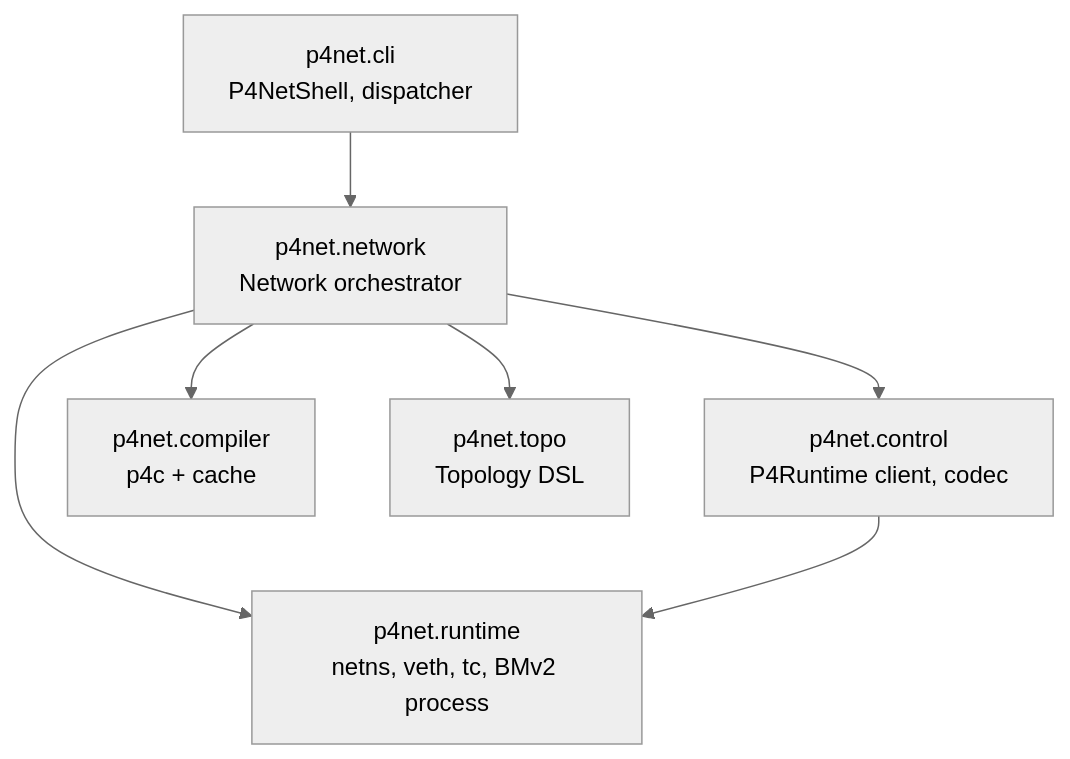
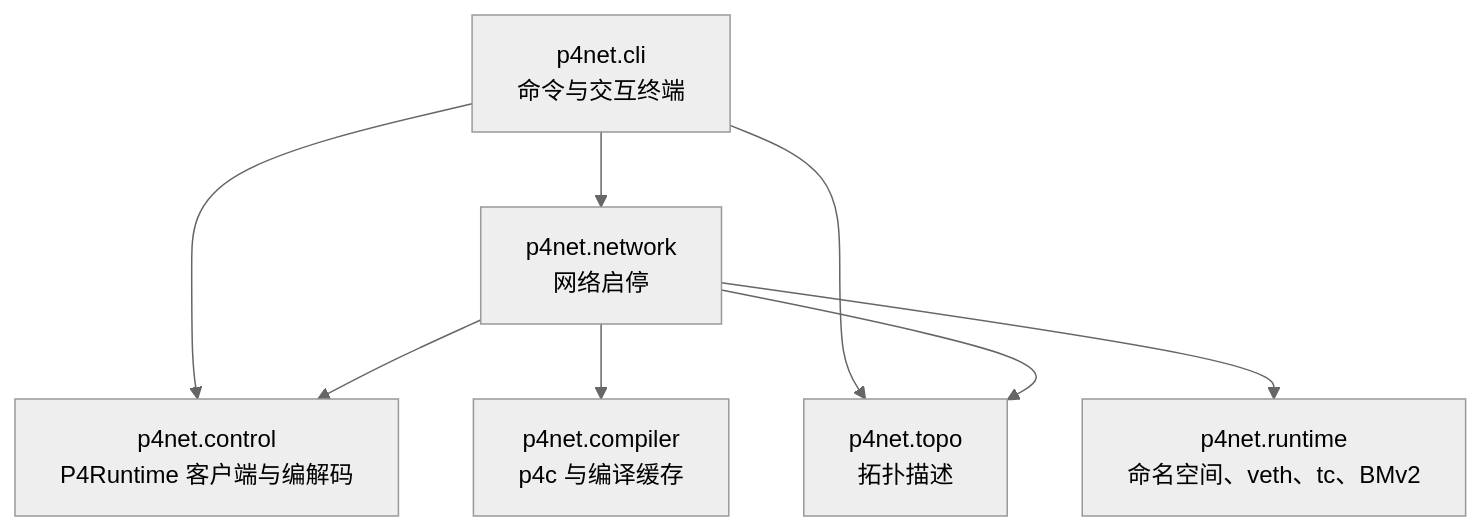
Before and after one commit to zhh2001/p4net: the diagram in docs/architecture.zh.md, drawn with Mermaid (neutral theme). The commit also changed other lines of this file and 1 other file, not shown here.

Commit message:
docs: align architecture with runtime behavior

````diff
--- a/docs/architecture.zh.md
+++ b/docs/architecture.zh.md
@@ -11,15 +11,16 @@
 ```mermaid
 flowchart TB
-    CLI[p4net.cli<br/>P4NetShell, dispatcher]
-    NET[p4net.network<br/>Network orchestrator]
-    CTL[p4net.control<br/>P4Runtime client, codec]
-    CMP[p4net.compiler<br/>p4c + cache]
-    TPO[p4net.topo<br/>Topology DSL]
-    RT[p4net.runtime<br/>netns, veth, tc, BMv2 process]
+    CLI[p4net.cli<br/>命令与交互终端]
+    NET[p4net.network<br/>网络启停]
+    CTL[p4net.control<br/>P4Runtime 客户端与编解码]
+    CMP[p4net.compiler<br/>p4c 与编译缓存]
+    TPO[p4net.topo<br/>拓扑描述]
+    RT[p4net.runtime<br/>命名空间、veth、tc、BMv2]
     CLI --> NET
+    CLI --> TPO
+    CLI --> CTL
     NET --> CTL
     NET --> CMP
     NET --> TPO
     NET --> RT
-    CTL --> RT
 ```
````
